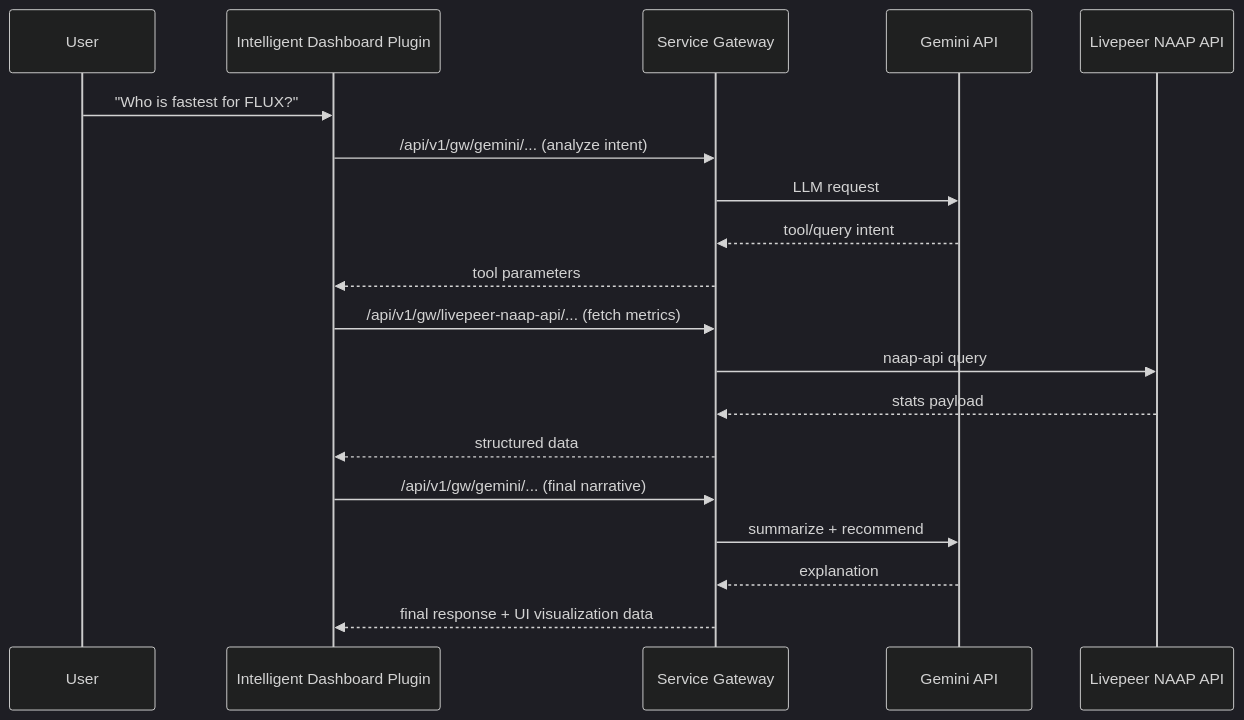
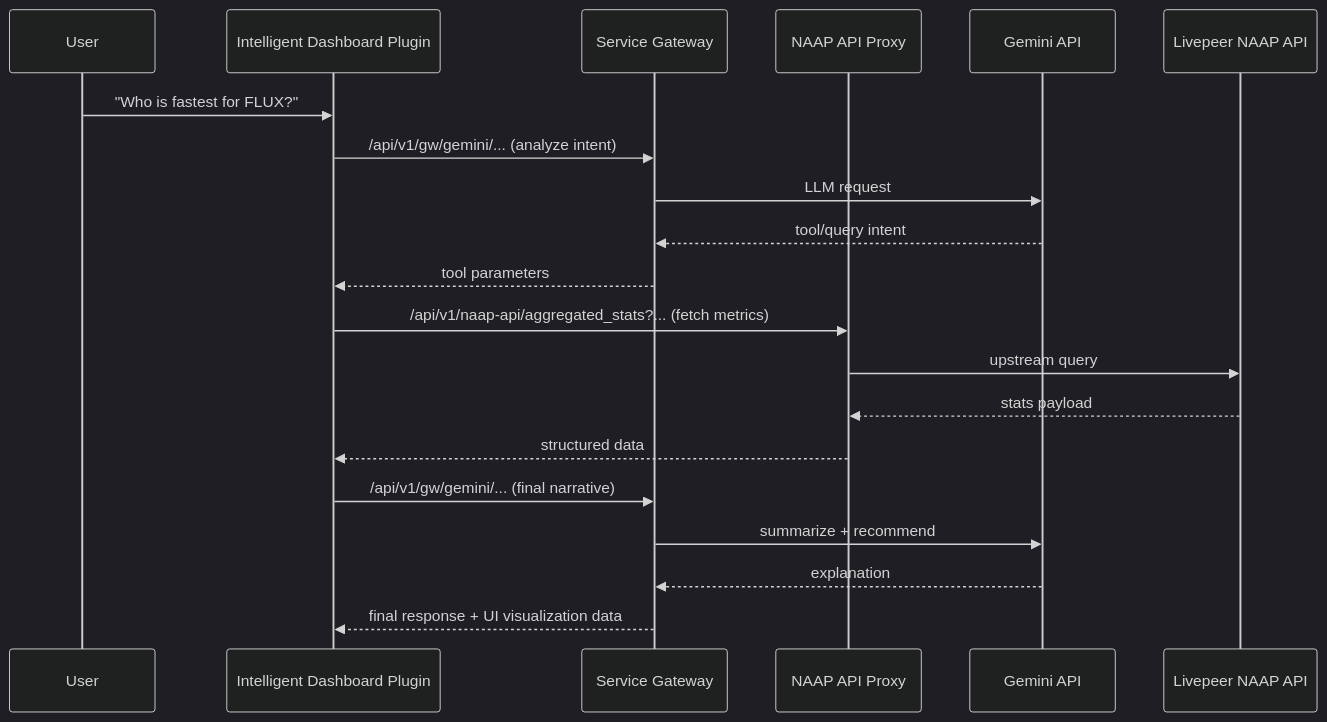
Before and after one commit to livepeer/naap: the fifth of 5 diagrams in plugins/service-gateway/README.md, drawn with Mermaid (dark theme). The commit also changed other lines of this file and 13 other files, not shown here.

Commit message:
refactor(api): replace livepeer-naap-api connector with NAAP API direct proxy to improve maintainability

````diff
--- a/plugins/service-gateway/README.md
+++ b/plugins/service-gateway/README.md
@@ -145,22 +145,23 @@
 ```mermaid
 sequenceDiagram
     participant U as User
     participant P as Intelligent Dashboard Plugin
     participant GW as Service Gateway
+    participant N as NAAP API Proxy
     participant G as Gemini API
     participant L as Livepeer NAAP API
 
     U->>P: "Who is fastest for FLUX?"
     P->>GW: /api/v1/gw/gemini/... (analyze intent)
     GW->>G: LLM request
     G-->>GW: tool/query intent
     GW-->>P: tool parameters
-    P->>GW: /api/v1/gw/livepeer-naap-api/... (fetch metrics)
-    GW->>L: naap-api query
-    L-->>GW: stats payload
-    GW-->>P: structured data
+    P->>N: /api/v1/naap-api/aggregated_stats?... (fetch metrics)
+    N->>L: upstream query
+    L-->>N: stats payload
+    N-->>P: structured data
     P->>GW: /api/v1/gw/gemini/... (final narrative)
     GW->>G: summarize + recommend
     G-->>GW: explanation
     GW-->>P: final response + UI visualization data
 ```
````
